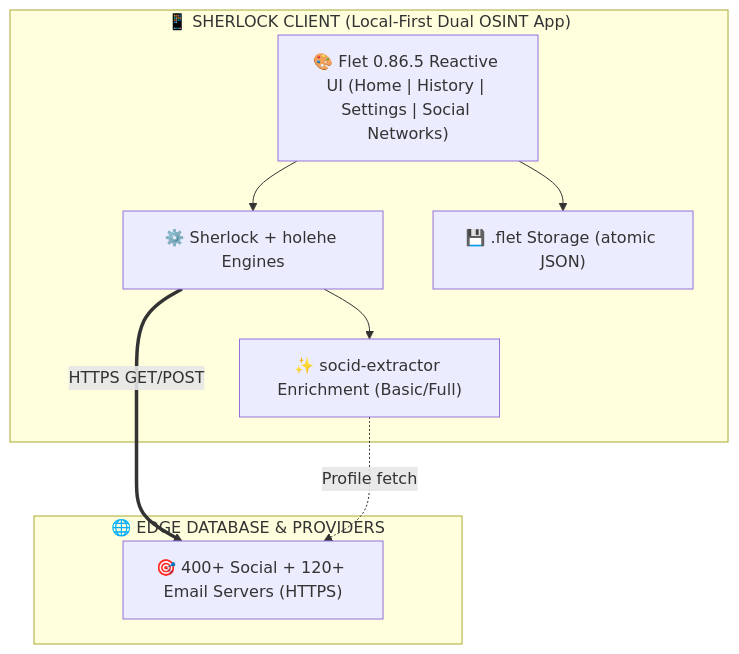
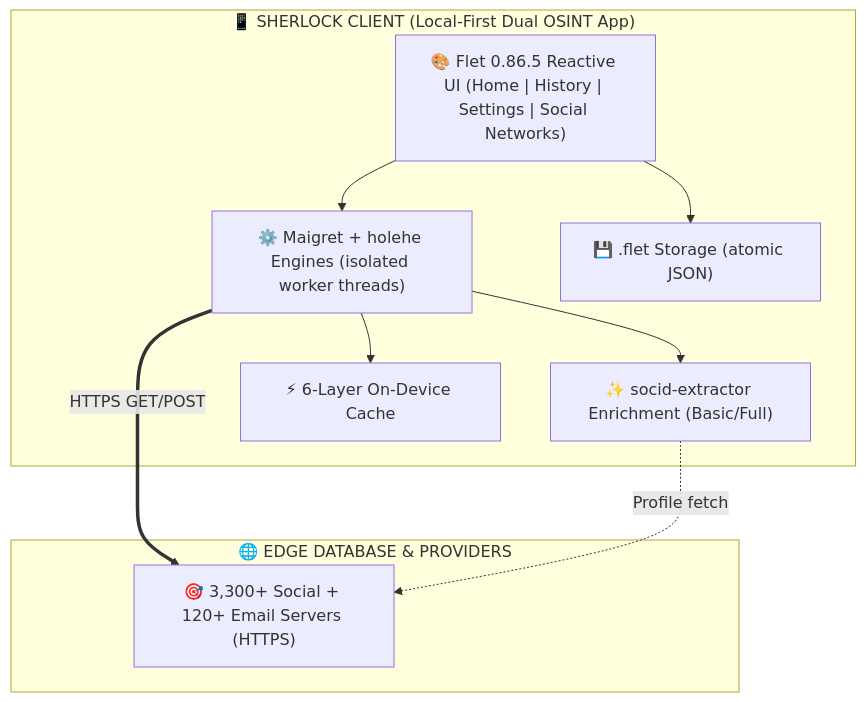
One commit to Nwokike/Sherlock changed the diagram in README.md. Above: the diagram before and after it, drawn with Mermaid. The commit also changed other lines of this file and 6 other files, not shown here.

````diff
--- a/README.md
+++ b/README.md
@@ -134,19 +138,21 @@
 ```mermaid
 graph TB
     subgraph SHERLOCK_CLIENT ["📱 SHERLOCK CLIENT (Local-First Dual OSINT App)"]
         UI["🎨 Flet 0.86.5 Reactive UI (Home | History | Settings | Social Networks)"]
-        Engine["⚙️ Sherlock + holehe Engines"]
+        Engine["⚙️ Maigret + holehe Engines (isolated worker threads)"]
         Enrich["✨ socid-extractor Enrichment (Basic/Full)"]
+        Cache["⚡ 6-Layer On-Device Cache"]
         Storage["💾 .flet Storage (atomic JSON)"]
         UI --> Engine
         Engine --> Enrich
+        Engine --> Cache
         UI --> Storage
     end
 
     subgraph GLOBAL_RESOURCES ["🌐 EDGE DATABASE & PROVIDERS"]
-        Targets["🎯 400+ Social + 120+ Email Servers (HTTPS)"]
+        Targets["🎯 3,300+ Social + 120+ Email Servers (HTTPS)"]
     end
 
     Engine ==>|HTTPS GET/POST| Targets
     Enrich -.->|Profile fetch| Targets
 ```
````
